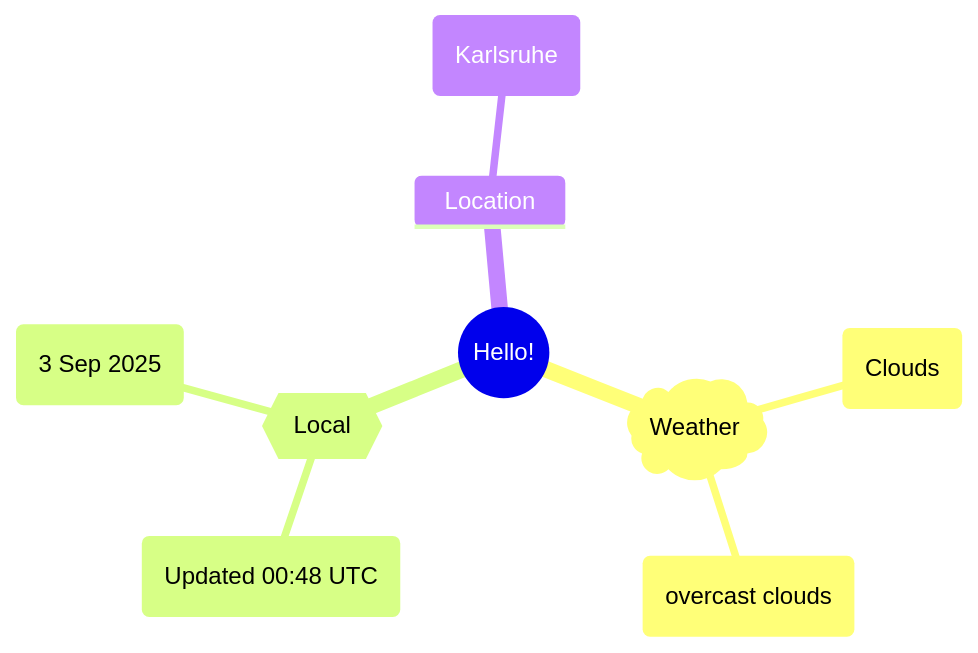
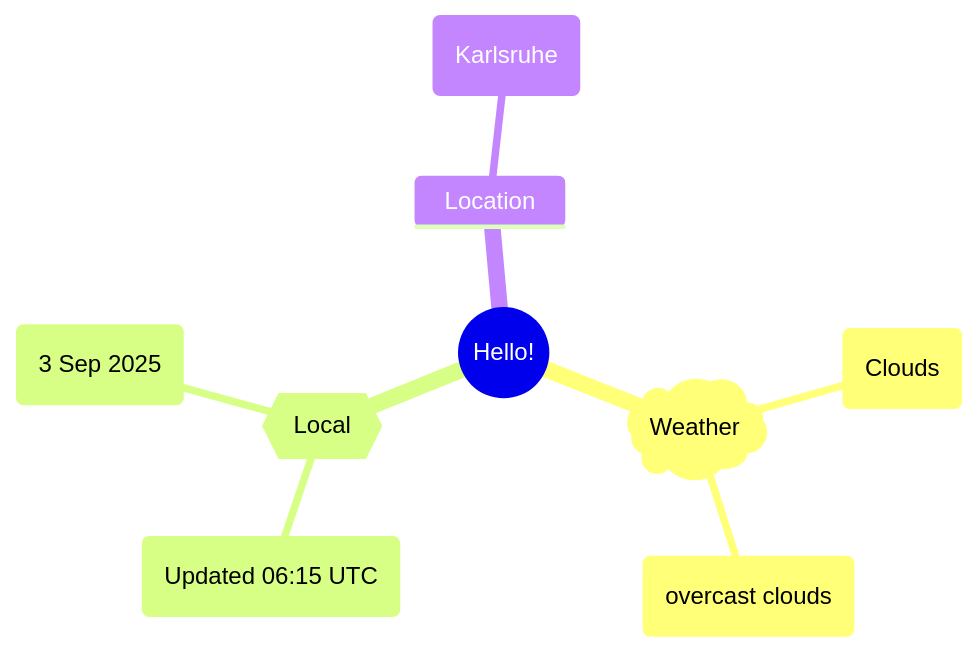
One commit to Xosrov/Xosrov changed the first of 2 diagrams in README.md. Above: the diagram before and after it, drawn with Mermaid.

Commit message:
[bot] updated images

````diff
--- a/README.md
+++ b/README.md
@@ -3,12 +3,12 @@
 ```mermaid
 mindmap
   root((Hello!))
     )Weather(
         (Clouds)
         (overcast clouds)
     {{Local}}
-        (Updated 00:48 UTC)
+        (Updated 06:15 UTC)
         (3 Sep 2025)
     Location
         (Karlsruhe)
 ```
````
